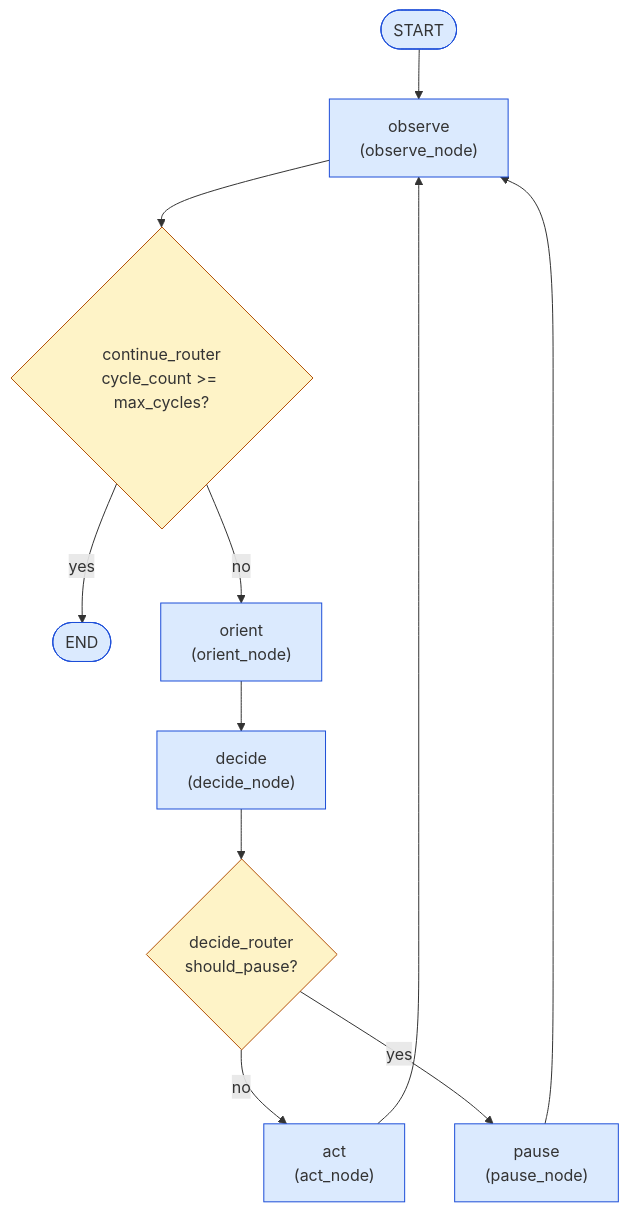
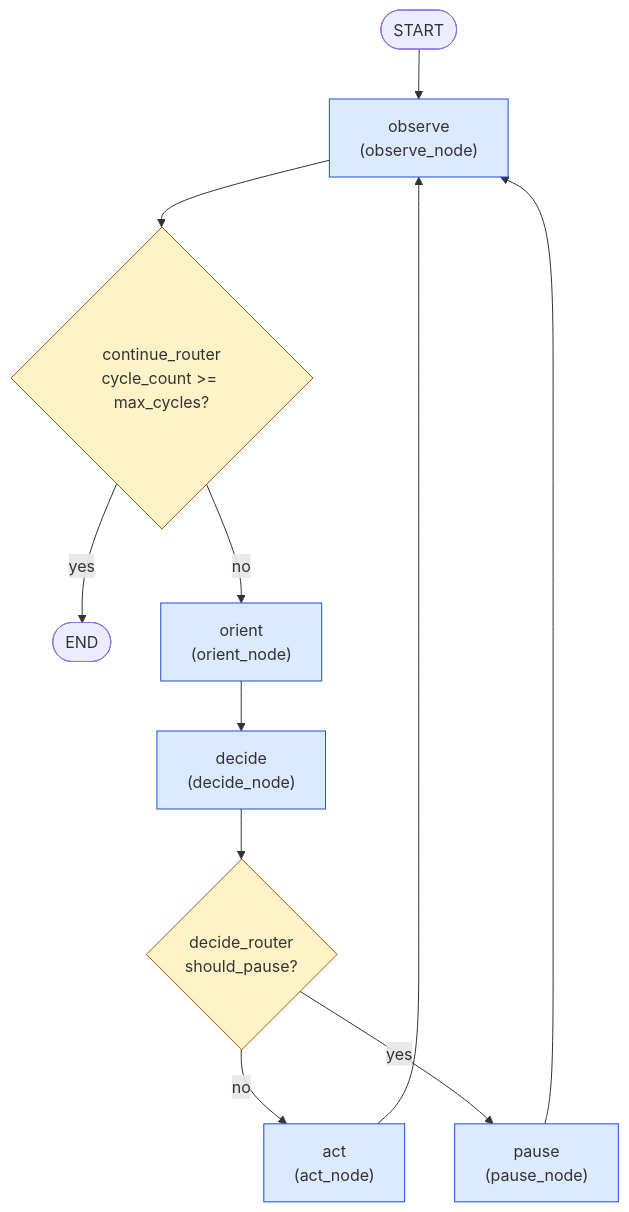
One commit to Het-Shah21/AB6_AI changed the first of 12 diagrams in docs/phase-05-ooda-agent/00-system-design.md. Above: the diagram before and after it, drawn with Mermaid. The commit also changed other lines of this file and 12 other files, not shown here.

First line of the commit message:
Fix Mermaid diagrams: <br/> -> <br> and resolve other GitHub-render issues

````diff
--- a/docs/phase-05-ooda-agent/00-system-design.md
+++ b/docs/phase-05-ooda-agent/00-system-design.md
@@ -13,24 +13,24 @@
 ```mermaid
 flowchart TB
     START([START]) --> OBS
 
-    OBS["observe<br/>(observe_node)"] --> CR{"continue_router<br//>cycle_count >= max_cycles?"}
+    OBS["observe<br>(observe_node)"] --> CR{"continue_router<br>cycle_count >= max_cycles?"}
 
     CR -- "yes" --> ENDNODE([END])
     CR -- "no" --> ORI
 
-    ORI["orient<br/>(orient_node)"] --> DEC
+    ORI["orient<br>(orient_node)"] --> DEC
 
-    DEC["decide<br/>(decide_node)"] --> DR{"decide_router<br/>should_pause?"}
+    DEC["decide<br>(decide_node)"] --> DR{"decide_router<br>should_pause?"}
 
     DR -- "no" --> ACT
     DR -- "yes" --> PAU
 
-    ACT["act<br/>(act_node)"] --> OBS
-    PAU["pause<br/>(pause_node)"] --> OBS
+    ACT["act<br>(act_node)"] --> OBS
+    PAU["pause<br>(pause_node)"] --> OBS
 
-    classDef node fill:#dbeafe,stroke:#1d4ed8
-    classDef router fill:#fef3c7,stroke:#b45309
-    class OBS,ORI,DEC,ACT,PAU node
-    class CR,DR router
+    classDef oodanode fill:#dbeafe,stroke:#1d4ed8
+    classDef oodarouter fill:#fef3c7,stroke:#b45309
+    class OBS,ORI,DEC,ACT,PAU oodanode
+    class CR,DR oodarouter
 ```
````
